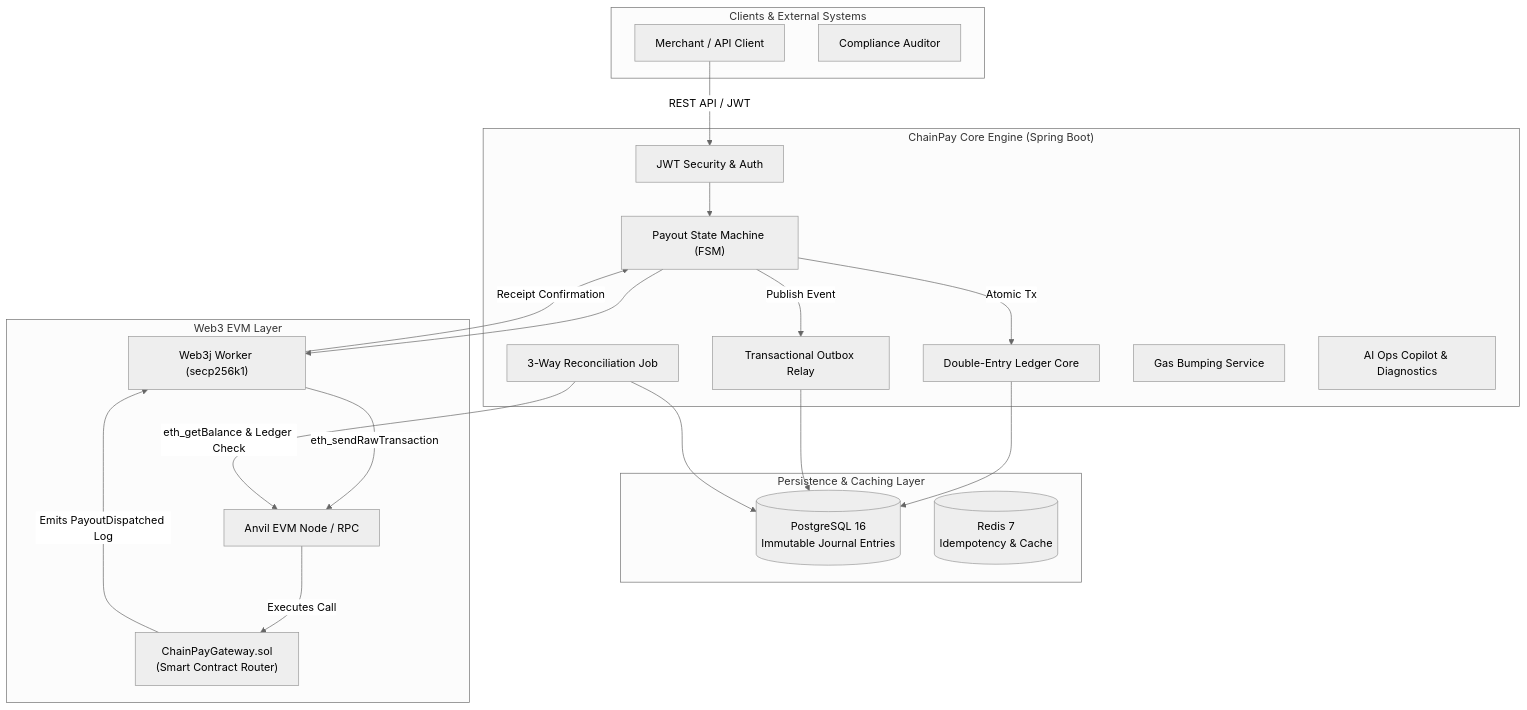
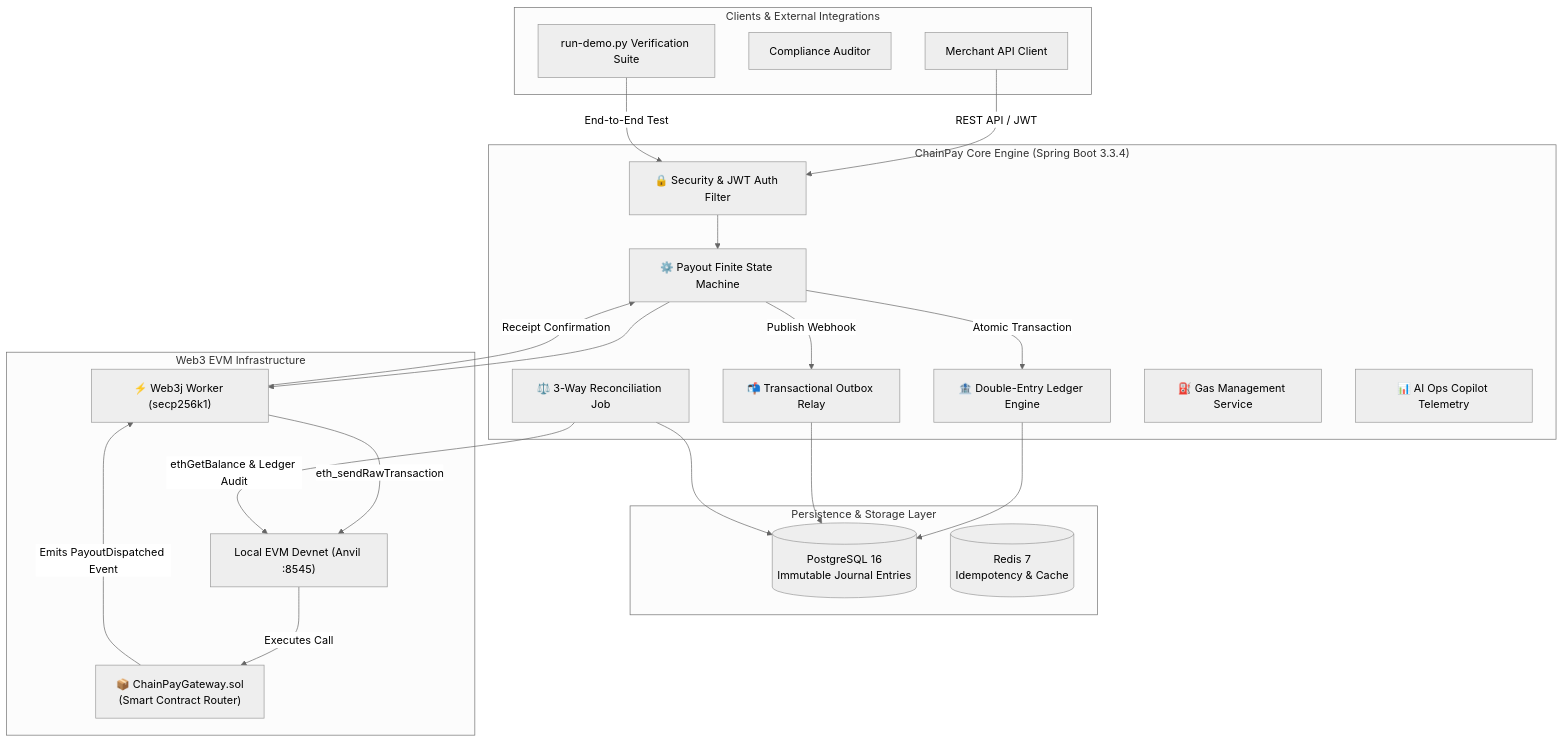
The diagram in README.md (0xshikhar/chainpay), drawn with Mermaid (neutral theme) before and after one commit. The commit also changed other lines of this file and 1 other file, not shown here.

First line of the commit message:
docs(documentation): Update README and demo script for clarity and detail

````diff
--- a/README.md
+++ b/README.md
@@ -37,42 +37,44 @@
 ```mermaid
 flowchart TB
-    subgraph Clients["Clients & External Systems"]
-        Merchant["Merchant / API Client"]
+    subgraph Clients["Clients & External Integrations"]
+        Merchant["Merchant API Client"]
         Auditor["Compliance Auditor"]
+        DemoHarness["run-demo.py Verification Suite"]
     end
 
-    subgraph CoreEngine["ChainPay Core Engine (Spring Boot)"]
-        JWT["JWT Security & Auth"]
-        PayoutFSM["Payout State Machine (FSM)"]
-        Ledger["Double-Entry Ledger Core"]
-        OutboxRelay["Transactional Outbox Relay"]
-        Reconciliation["3-Way Reconciliation Job"]
-        GasMgr["Gas Bumping Service"]
-        Copilot["AI Ops Copilot & Diagnostics"]
+    subgraph CoreEngine["ChainPay Core Engine (Spring Boot 3.3.4)"]
+        JWT["🔒 Security & JWT Auth Filter"]
+        PayoutFSM["⚙️ Payout Finite State Machine"]
+        Ledger["🏦 Double-Entry Ledger Engine"]
+        OutboxRelay["📬 Transactional Outbox Relay"]
+        Reconciliation["⚖️ 3-Way Reconciliation Job"]
+        GasService["⛽ Gas Management Service"]
+        Copilot["📊 AI Ops Copilot Telemetry"]
     end
 
-    subgraph Storage["Persistence & Caching Layer"]
+    subgraph Storage["Persistence & Storage Layer"]
         DB[(PostgreSQL 16\nImmutable Journal Entries)]
         Redis[(Redis 7\nIdempotency & Cache)]
     end
 
-    subgraph Blockchain["Web3 EVM Layer"]
-        Worker["Web3j Worker (secp256k1)"]
-        Anvil["Anvil EVM Node / RPC"]
-        Gateway["ChainPayGateway.sol\n(Smart Contract Router)"]
+    subgraph Blockchain["Web3 EVM Infrastructure"]
+        Worker["⚡ Web3j Worker (secp256k1)"]
+        Anvil["Local EVM Devnet (Anvil :8545)"]
+        Gateway["📦 ChainPayGateway.sol\n(Smart Contract Router)"]
     end
 
     Merchant -->|REST API / JWT| JWT
+    DemoHarness -->|End-to-End Test| JWT
     JWT --> PayoutFSM
-    PayoutFSM -->|Atomic Tx| Ledger
+    PayoutFSM -->|Atomic Transaction| Ledger
     Ledger --> DB
     PayoutFSM --> Worker
     Worker -->|eth_sendRawTransaction| Anvil
     Anvil -->|Executes Call| Gateway
-    Gateway -->|Emits PayoutDispatched Log| Worker
+    Gateway -->|Emits PayoutDispatched Event| Worker
     Worker -->|Receipt Confirmation| PayoutFSM
-    PayoutFSM -->|Publish Event| OutboxRelay
+    PayoutFSM -->|Publish Webhook| OutboxRelay
     OutboxRelay --> DB
-    Reconciliation -->|eth_getBalance & Ledger Check| Anvil
+    Reconciliation -->|ethGetBalance & Ledger Audit| Anvil
     Reconciliation --> DB
 ```
````
